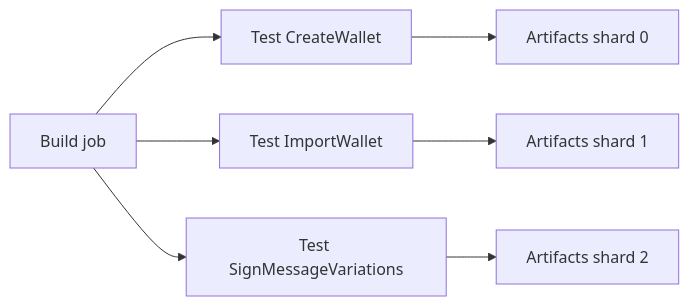
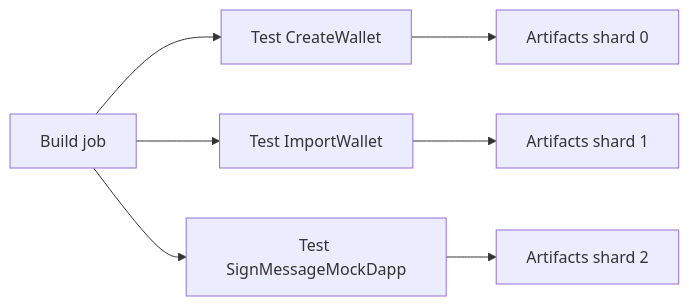
One commit to stellar/freighter-mobile changed the second of 2 diagrams in e2e/docs/ci-and-triggers.md. Above: the diagram before and after it, drawn with Mermaid. The commit also changed other lines of this file and 4 other files, not shown here.

````diff
--- a/e2e/docs/ci-and-triggers.md
+++ b/e2e/docs/ci-and-triggers.md
@@ -37,9 +37,9 @@
 ```mermaid
 flowchart LR
   BUILD[Build job] --> A[Test CreateWallet]
   BUILD --> B[Test ImportWallet]
-  BUILD --> C[Test SignMessageVariations]
+  BUILD --> C[Test SignMessageMockDapp]
   A --> ART_A[Artifacts shard 0]
   B --> ART_B[Artifacts shard 1]
   C --> ART_C[Artifacts shard 2]
 ```
````
